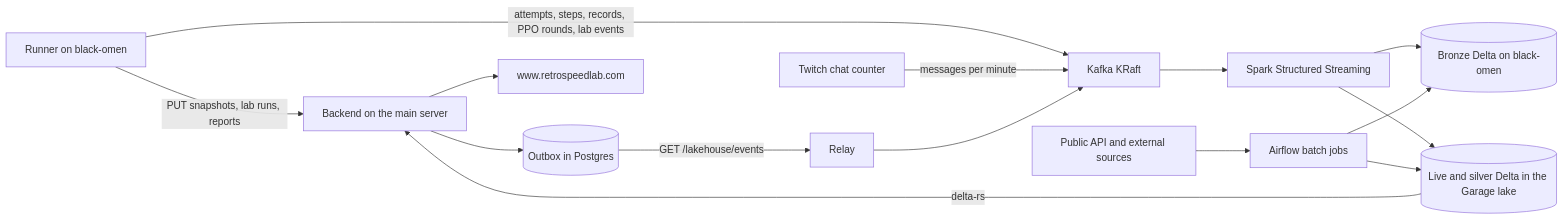
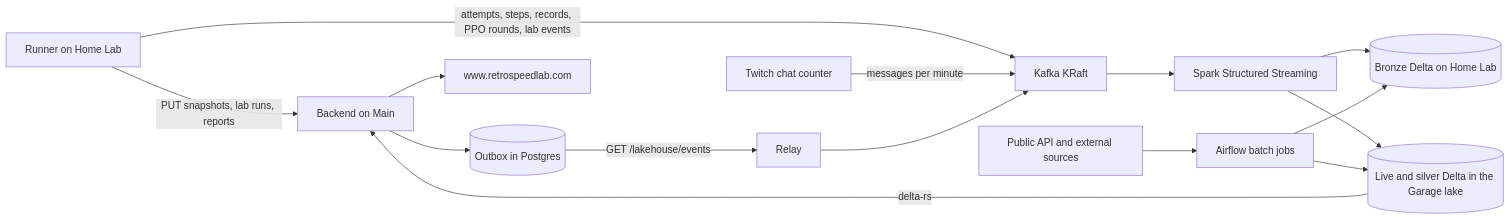
The first of 2 diagrams in README.md (RetroSpeedLab/retro-speedlab-lakehouse), drawn with Mermaid before and after one commit. The commit also changed other lines of this file and 3 other files, not shown here.

Commit message:
docs: the README names the Main and Home Lab servers instead of hosts, ports and disk paths, and the tunnel reads the main address from the SSH config

````diff
--- a/README.md
+++ b/README.md
@@ -11,17 +11,17 @@
 ```mermaid
 flowchart LR
-    runner[Runner on black-omen] -->|PUT snapshots, lab runs, reports| backend[Backend on the main server]
+    runner[Runner on Home Lab] -->|PUT snapshots, lab runs, reports| backend[Backend on Main]
     runner -->|attempts, steps, records, PPO rounds, lab events| kafka
     chat[Twitch chat counter] -->|messages per minute| kafka
     backend --> outbox[(Outbox in Postgres)]
     outbox -->|GET /lakehouse/events| relay[Relay]
     relay --> kafka[Kafka KRaft]
     kafka --> stream[Spark Structured Streaming]
-    stream --> bronze[(Bronze Delta on black-omen)]
+    stream --> bronze[(Bronze Delta on Home Lab)]
     stream --> lake[(Live and silver Delta in the Garage lake)]
     api[Public API and external sources] --> airflow[Airflow batch jobs]
     airflow --> bronze
     airflow --> lake
     lake -->|delta-rs| backend
     backend --> site[www.retrospeedlab.com]
 ```
````
